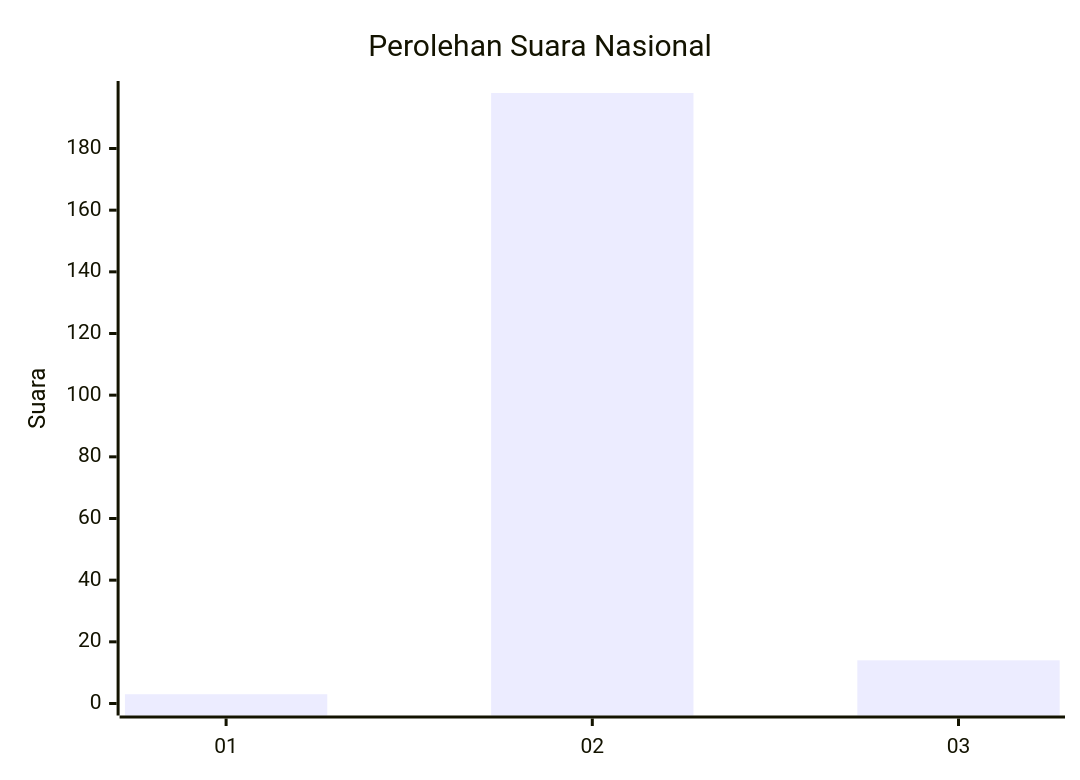
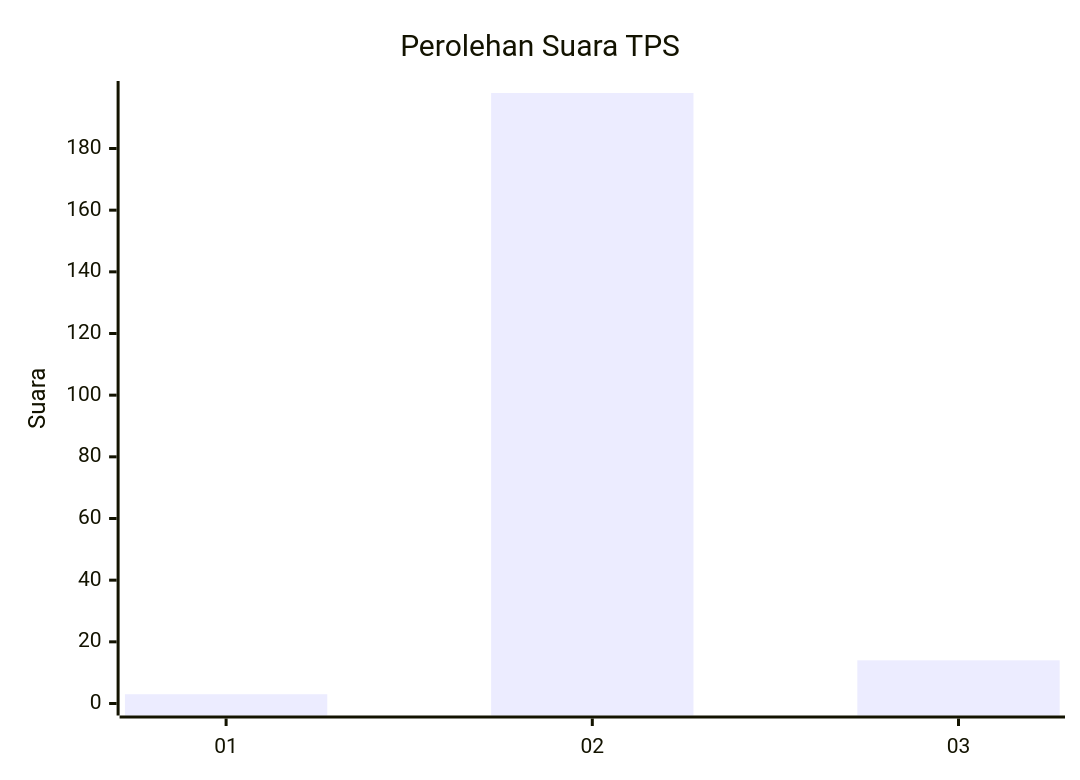
The first of 2 diagrams in pilpres/hitung-suara/sub/81-maluku/sub/06-seram-bagian-barat/sub/03-taniwel/sub/2008-taniwel/sub/004-tps/README.md (gigit-pemilu/pemilu-2024-81-maluku), drawn with Mermaid before and after one commit. The commit also changed other lines of this file and 2971 other files, not shown here.

````diff
--- a/pilpres/hitung-suara/sub/81-maluku/sub/06-seram-bagian-barat/sub/03-taniwel/sub/2008-taniwel/sub/004-tps/README.md
+++ b/pilpres/hitung-suara/sub/81-maluku/sub/06-seram-bagian-barat/sub/03-taniwel/sub/2008-taniwel/sub/004-tps/README.md
@@ -5,7 +5,7 @@
 ```mermaid
 xychart-beta
-    title "Perolehan Suara Nasional"
+    title "Perolehan Suara TPS"
     x-axis [01, 02, 03]
     y-axis "Suara" 0 --> 198
     bar [3, 198, 14]
 ```
````
